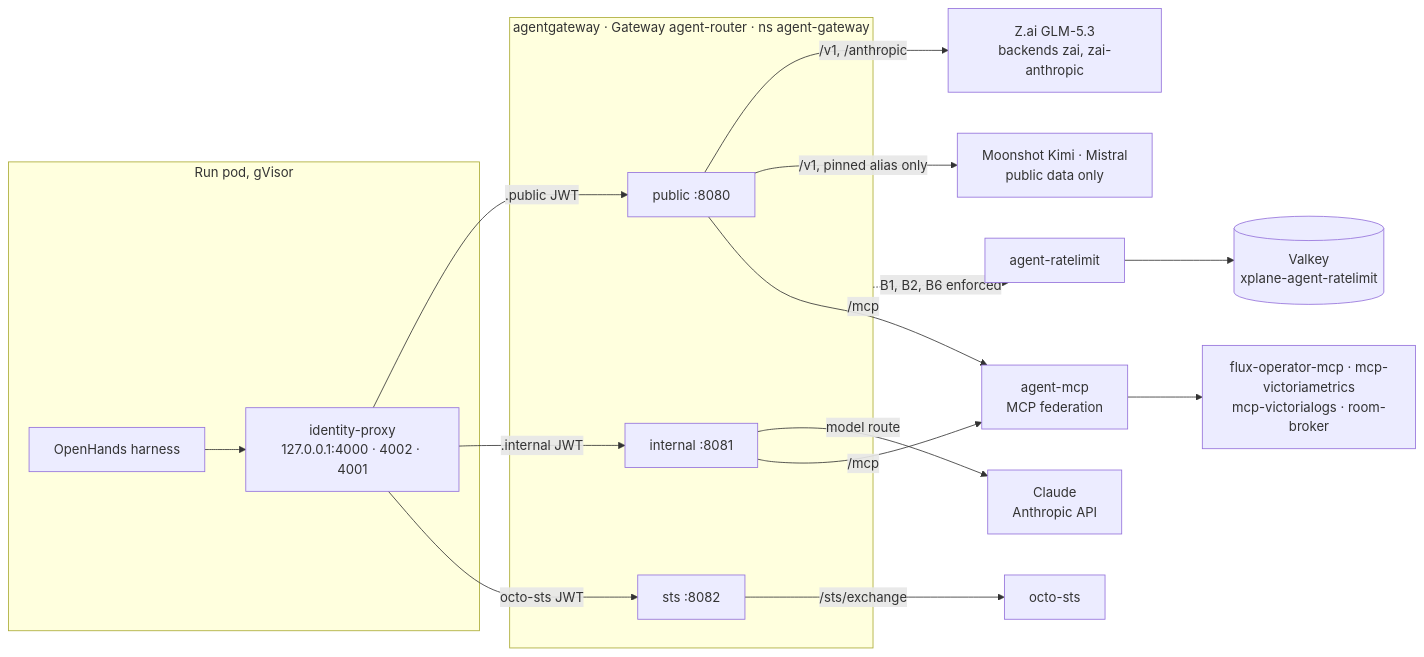
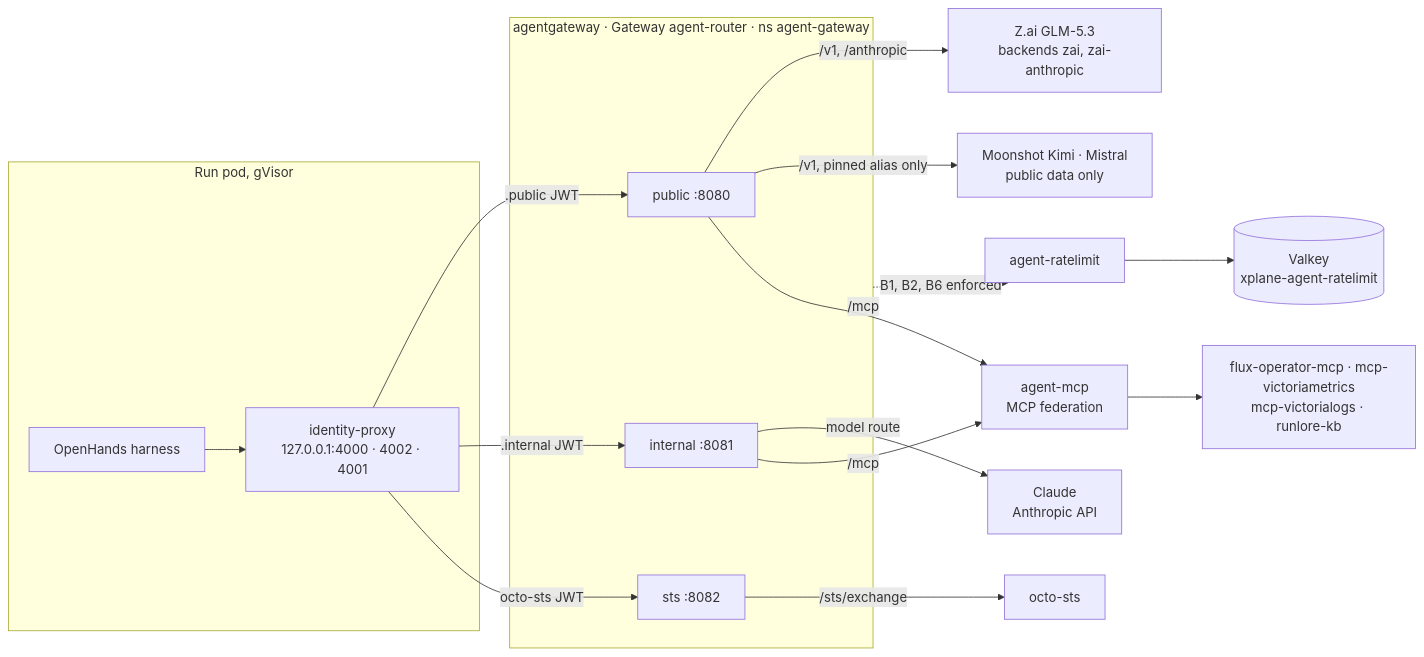
Before and after one commit to Smana/ai-native-ref: the diagram in website/content/docs/how-it-works/gateways.md, drawn with Mermaid. The commit also changed other lines of this file and 65 other files, not shown here.

````diff
--- a/website/content/docs/how-it-works/gateways.md
+++ b/website/content/docs/how-it-works/gateways.md
@@ -188,22 +188,22 @@
 ```mermaid
 flowchart LR
   subgraph run["Run pod, gVisor"]
     H["OpenHands harness"] --> P["identity-proxy<br/>127.0.0.1:4000 · 4002 · 4001"]
   end
   subgraph agw["agentgateway · Gateway agent-router · ns agent-gateway"]
     LP["public :8080"]
     LI["internal :8081"]
     LS["sts :8082"]
   end
   P -->|".public JWT"| LP
   P -->|".internal JWT"| LI
   P -->|"octo-sts JWT"| LS
   LP -->|"/v1, /anthropic"| Z["Z.ai GLM-5.3<br/>backends zai, zai-anthropic"]
   LP -->|"/v1, pinned alias only"| KM["Moonshot Kimi · Mistral<br/>public data only"]
   LI -->|"model route"| A["Claude<br/>Anthropic API"]
   LP -->|"/mcp"| M["agent-mcp<br/>MCP federation"]
   LI -->|"/mcp"| M
   LS -->|"/sts/exchange"| O["octo-sts"]
-  M --> T["flux-operator-mcp · mcp-victoriametrics<br/>mcp-victorialogs · room-broker"]
+  M --> T["flux-operator-mcp · mcp-victoriametrics<br/>mcp-victorialogs · runlore-kb"]
   agw -.->|"B1, B2, B6 enforced"| RL["agent-ratelimit"] --> V[("Valkey<br/>xplane-agent-ratelimit")]
 ```
````
